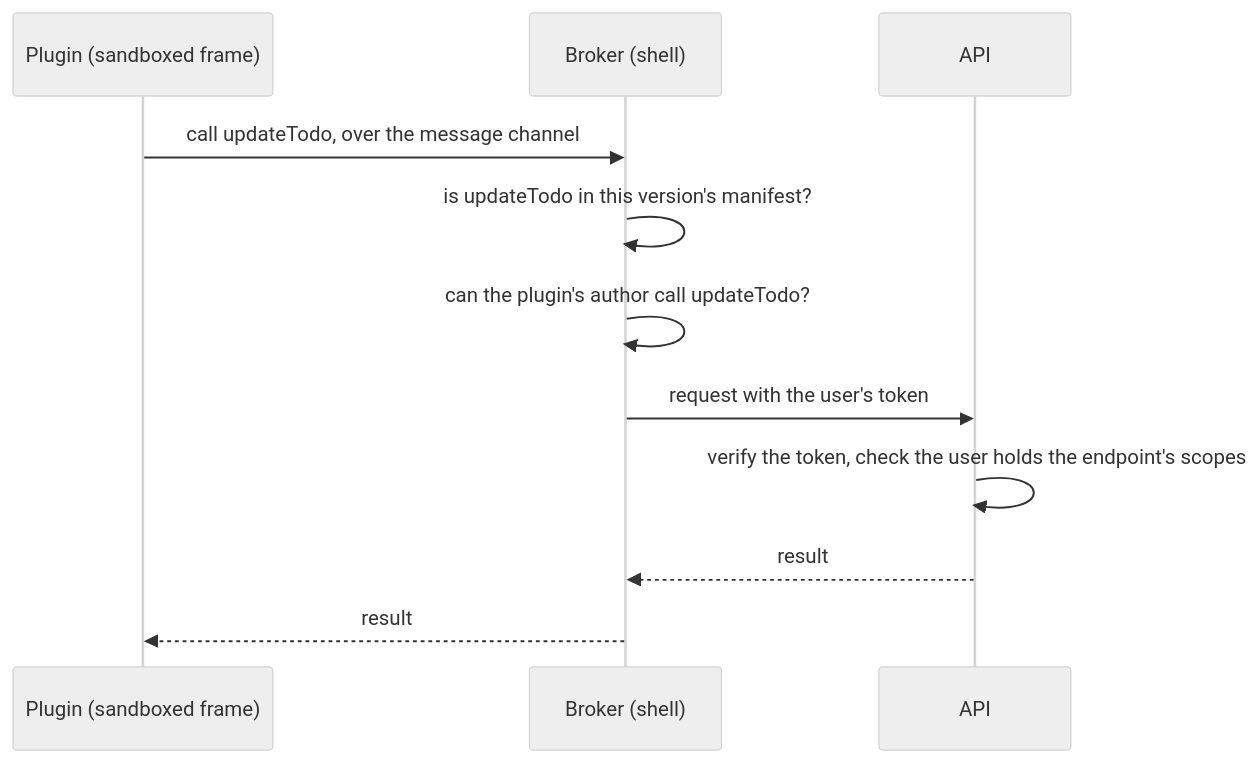
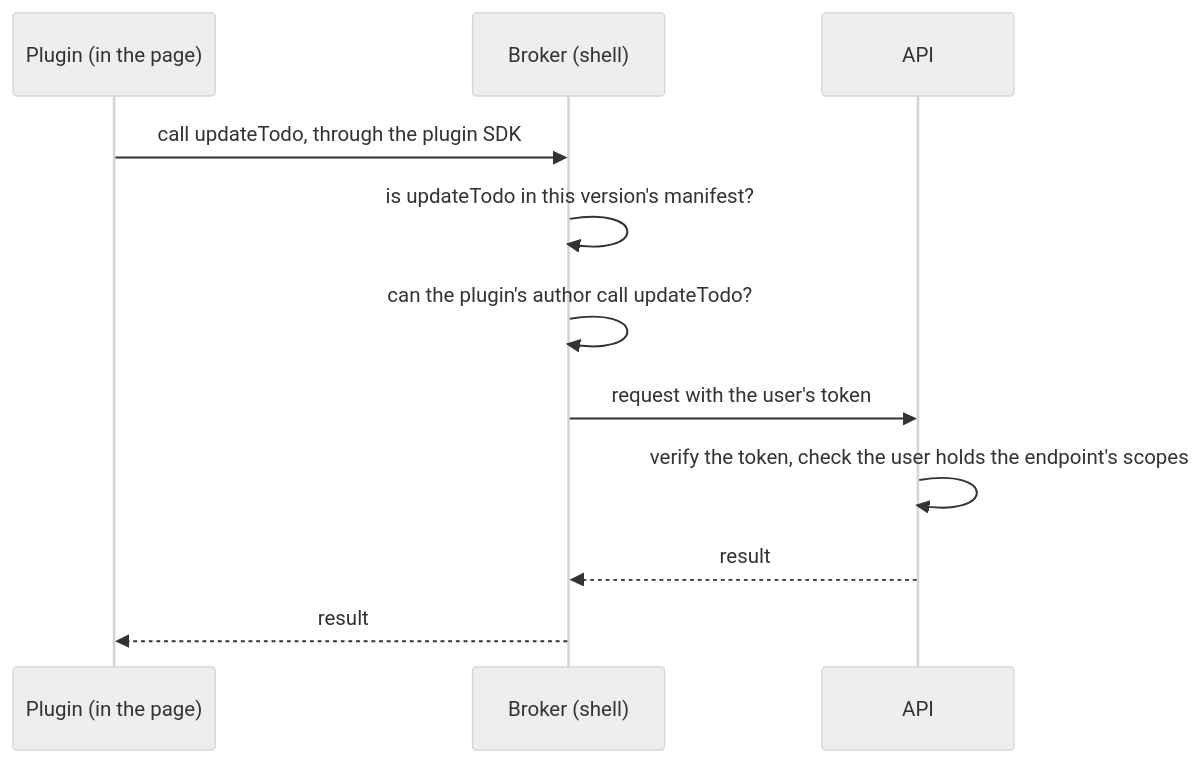
Before and after one commit to mcwhittemore/thixo: the second of 3 diagrams in docs/03-architecture.md, drawn with Mermaid (neutral theme). The commit also changed other lines of this file and 20 other files, not shown here.

````diff
--- a/docs/03-architecture.md
+++ b/docs/03-architecture.md
@@ -55,13 +56,13 @@
 ```mermaid
 sequenceDiagram
-  participant P as Plugin (sandboxed frame)
+  participant P as Plugin (in the page)
   participant B as Broker (shell)
   participant A as API
-  P->>B: call updateTodo, over the message channel
+  P->>B: call updateTodo, through the plugin SDK
   B->>B: is updateTodo in this version's manifest?
   B->>B: can the plugin's author call updateTodo?
   B->>A: request with the user's token
   A->>A: verify the token, check the user holds the endpoint's scopes
   A-->>B: result
   B-->>P: result
 ```
````
